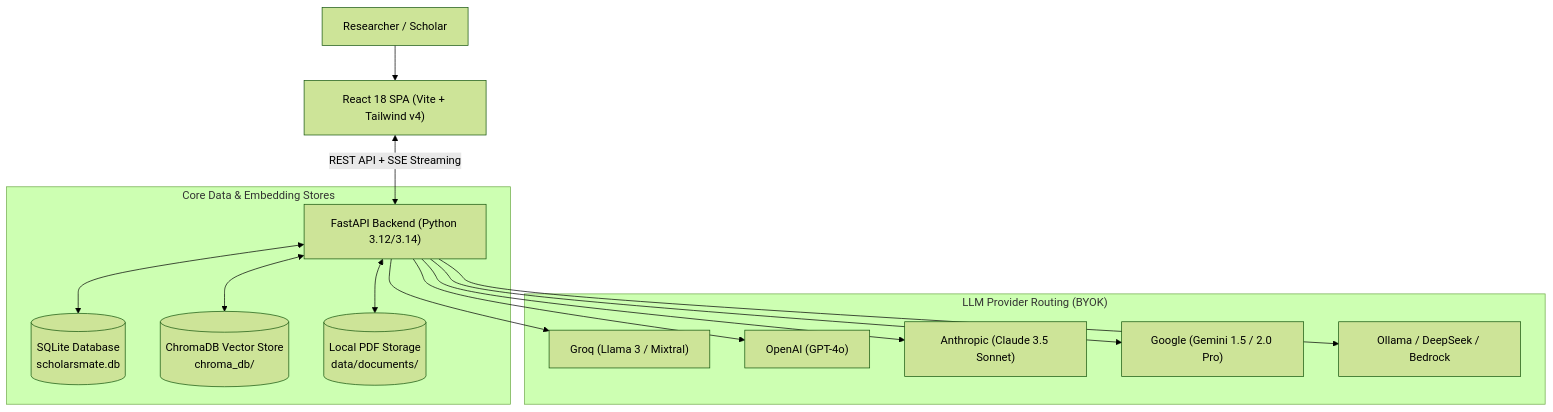
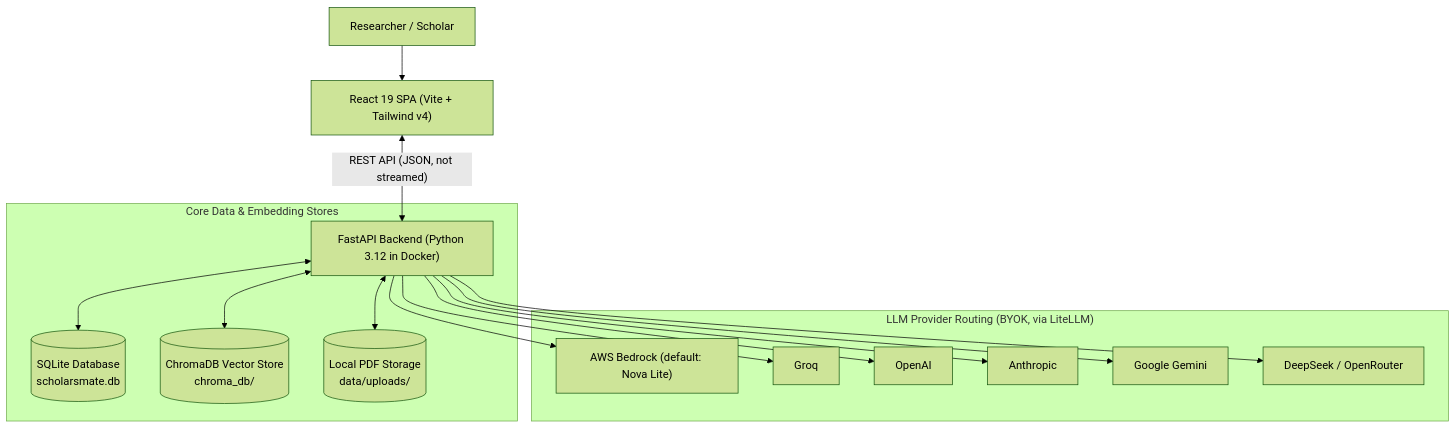
The first of 7 diagrams in context/ScholarsMate.md (bilal-hn/ScholarsMate), drawn with Mermaid (forest theme) before and after one commit. The commit also changed other lines of this file and 117 other files, not shown here.

````diff
--- a/context/ScholarsMate.md
+++ b/context/ScholarsMate.md
@@ -12,19 +12,20 @@
 ```mermaid
 graph TD
-    User["Researcher / Scholar"] --> Frontend["React 18 SPA (Vite + Tailwind v4)"]
-    Frontend <-->|"REST API + SSE Streaming"| Backend["FastAPI Backend (Python 3.12/3.14)"]
+    User["Researcher / Scholar"] --> Frontend["React 19 SPA (Vite + Tailwind v4)"]
+    Frontend <-->|"REST API (JSON, not streamed)"| Backend["FastAPI Backend (Python 3.12 in Docker)"]
     
     subgraph "Core Data & Embedding Stores"
         Backend <--> DB[("SQLite Database<br/>scholarsmate.db")]
         Backend <--> Chroma[("ChromaDB Vector Store<br/>chroma_db/")]
-        Backend <--> Files[("Local PDF Storage<br/>data/documents/")]
+        Backend <--> Files[("Local PDF Storage<br/>data/uploads/")]
     end
 
-    subgraph "LLM Provider Routing (BYOK)"
-        Backend --> Groq["Groq (Llama 3 / Mixtral)"]
-        Backend --> OpenAI["OpenAI (GPT-4o)"]
-        Backend --> Anthropic["Anthropic (Claude 3.5 Sonnet)"]
-        Backend --> Google["Google (Gemini 1.5 / 2.0 Pro)"]
-        Backend --> Local["Ollama / DeepSeek / Bedrock"]
+    subgraph "LLM Provider Routing (BYOK, via LiteLLM)"
+        Backend --> Bedrock["AWS Bedrock (default: Nova Lite)"]
+        Backend --> Groq["Groq"]
+        Backend --> OpenAI["OpenAI"]
+        Backend --> Anthropic["Anthropic"]
+        Backend --> Google["Google Gemini"]
+        Backend --> Other["DeepSeek / OpenRouter"]
     end
 ```
````
